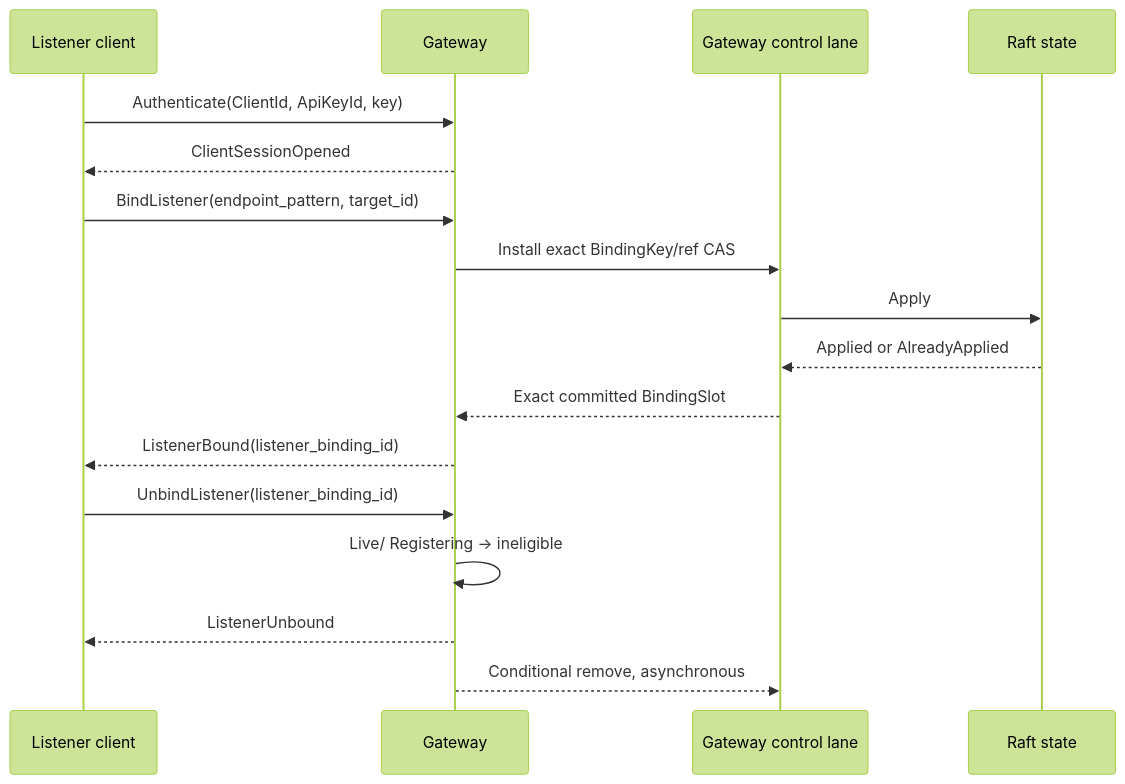
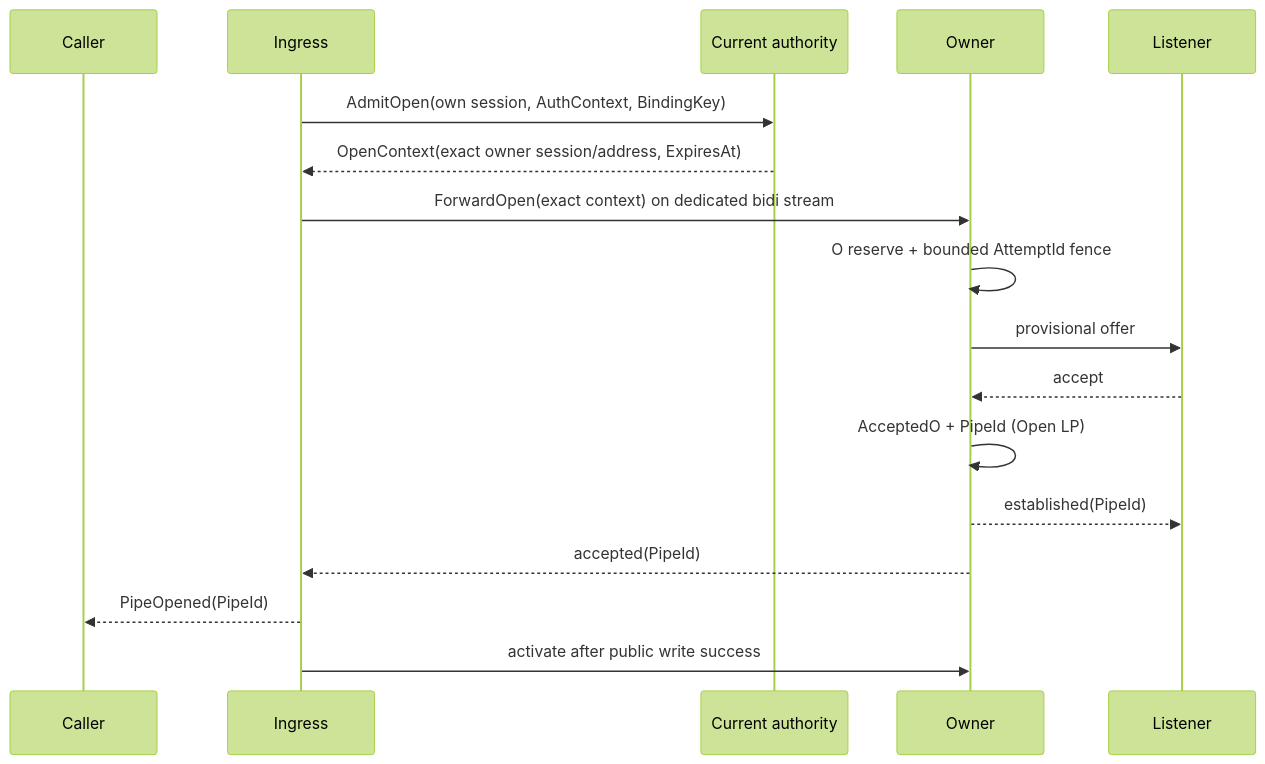
Before and after one commit to cagojeiger/relaygate: the fifth of 5 diagrams in docs/spec/001-system-model.md, drawn with Mermaid (forest theme). The commit also changed other lines of this file and 120 other files, not shown here.

````diff
--- a/docs/spec/001-system-model.md
+++ b/docs/spec/001-system-model.md
@@ -328,20 +213,20 @@
 ```mermaid
 sequenceDiagram
-    participant L as Listener client
-    participant G as Gateway
-    participant C as Gateway control lane
-    participant R as Raft state
+    participant C as Caller
+    participant I as Ingress
+    participant A as Current authority
+    participant O as Owner
+    participant L as Listener
 
-    L->>G: Authenticate(ClientId, ApiKeyId, key)
-    G-->>L: ClientSessionOpened
-    L->>G: BindListener(endpoint_pattern, target_id)
-    G->>C: Install exact BindingKey/ref CAS
-    C->>R: Apply
-    R-->>C: Applied or AlreadyApplied
-    C-->>G: Exact committed BindingSlot
-    G-->>L: ListenerBound(listener_binding_id)
-    L->>G: UnbindListener(listener_binding_id)
-    G->>G: Live/ Registering → ineligible
-    G-->>L: ListenerUnbound
-    G-->>C: Conditional remove, asynchronous
+    I->>A: AdmitOpen(own session, AuthContext, BindingKey)
+    A-->>I: OpenContext(exact owner session/address, ExpiresAt)
+    I->>O: ForwardOpen(exact context) on dedicated bidi stream
+    O->>O: O reserve + bounded AttemptId fence
+    O->>L: provisional offer
+    L-->>O: accept
+    O->>O: AcceptedO + PipeId (Open LP)
+    O-->>L: established(PipeId)
+    O-->>I: accepted(PipeId)
+    I-->>C: PipeOpened(PipeId)
+    I->>O: activate after public write success
 ```
````
